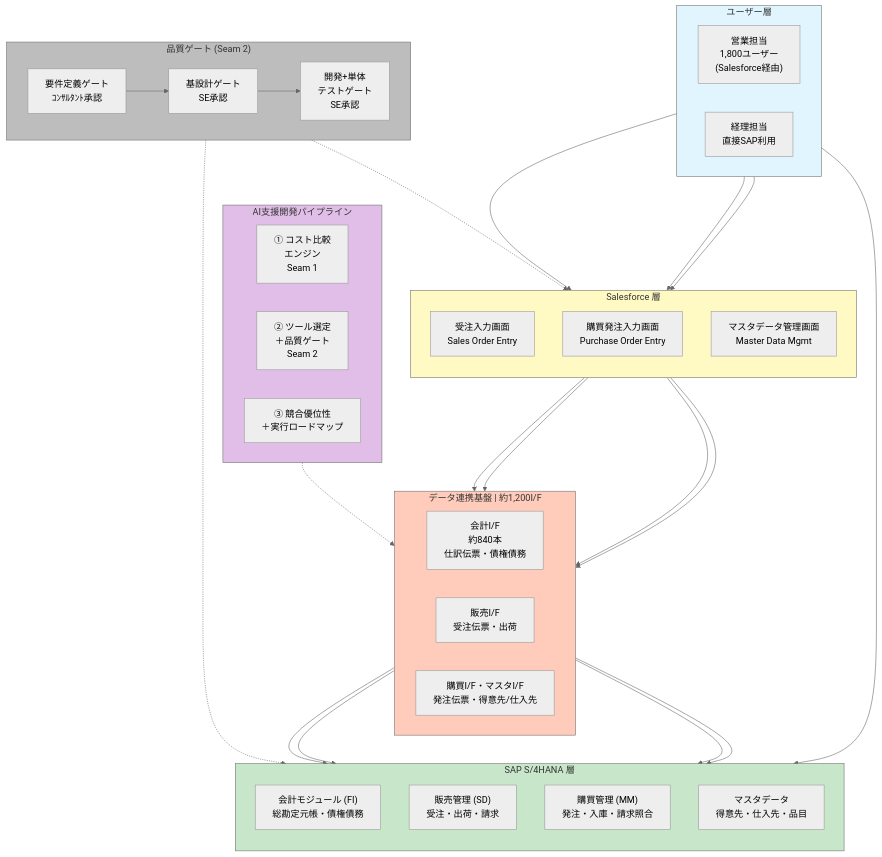
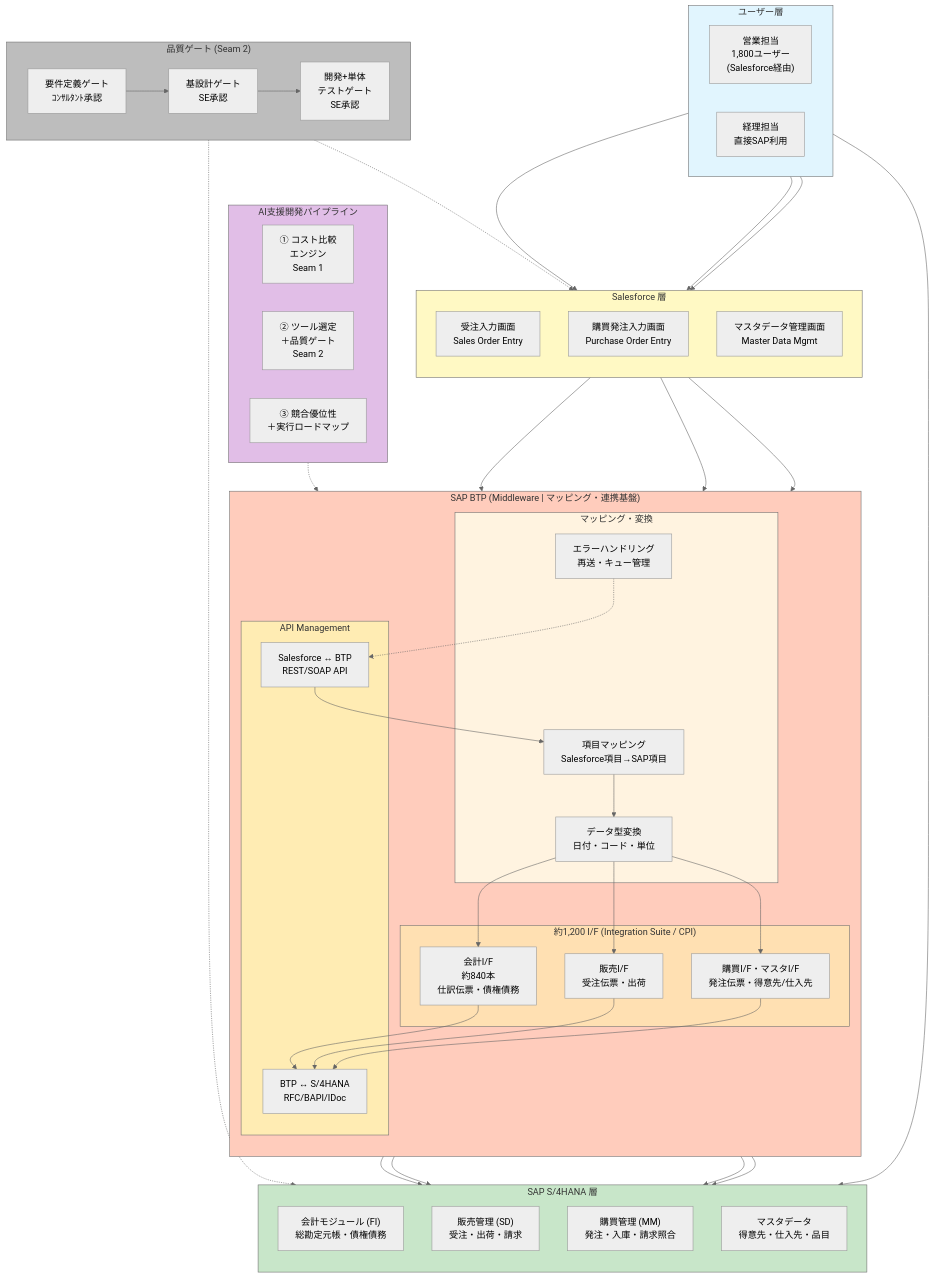
Before and after one commit to winds198912121/grill-me: the diagram in ai-assisted-implementation-proposal.md, drawn with Mermaid (neutral theme). The commit also changed other lines of this file and 3 other files, not shown here.

First line of the commit message:
Update architecture: SAP BTP as middleware mapping layer

```diff
--- a/ai-assisted-implementation-proposal.md
+++ b/ai-assisted-implementation-proposal.md
@@ -26,11 +26,22 @@
     MD["マスタデータ管理画面<br/>Master Data Mgmt"]
   end
 
-  subgraph Hub["データ連携基盤 | 約1,200I/F"]
-    direction LR
+  subgraph BTP["SAP BTP (Middleware | マッピング・連携基盤)"]
+    direction TB
+    subgraph BTP_IF["約1,200 I/F (Integration Suite / CPI)"]
     IF1["会計I/F<br/>約840本<br/>仕訳伝票・債権債務"]
     IF2["販売I/F<br/>受注伝票・出荷"]
     IF3["購買I/F・マスタI/F<br/>発注伝票・得意先/仕入先"]
+    end
+    subgraph BTP_API["API Management"]
+    API1["Salesforce ↔ BTP<br/>REST/SOAP API"]
+    API2["BTP ↔ S/4HANA<br/>RFC/BAPI/IDoc"]
+    end
+    subgraph BTP_MAP["マッピング・変換"]
+    MAP1["項目マッピング<br/>Salesforce項目→SAP項目"]
+    MAP2["データ型変換<br/>日付・コード・単位"]
+    MAP3["エラーハンドリング<br/>再送・キュー管理"]
+    end
   end
 
   subgraph SAP["SAP S/4HANA 層"]
@@ -57,21 +68,32 @@
   SU --> PO
   SU --> MD
   AU --> SAP
-  SO --> IF1
-  SO --> IF2
-  PO --> IF3
-  MD --> IF3
-  IF1 --> FI
-  IF2 --> SD
-  IF3 --> MM
-  IF3 --> MDM
-  AI -.-> Hub
+  SO --> API1
+  PO --> API1
+  MD --> API1
+  API1 --> MAP1
+  MAP1 --> MAP2
+  MAP2 --> IF1
+  MAP2 --> IF2
+  MAP2 --> IF3
+  IF1 --> API2
+  IF2 --> API2
+  IF3 --> API2
+  API2 --> FI
+  API2 --> SD
+  API2 --> MM
+  API2 --> MDM
+  MAP3 -.-> API1
+  AI -.-> BTP
   Gates -.-> SF
   Gates -.-> SAP
 
   style Users fill:#e1f5fe
   style SF fill:#fff9c4
-  style Hub fill:#ffccbc
+  style BTP fill:#ffccbc
+  style BTP_IF fill:#ffe0b2
+  style BTP_API fill:#ffecb3
+  style BTP_MAP fill:#fff3e0
   style SAP fill:#c8e6c9
   style AI fill:#e1bee7
   style Gates fill:#bdbdbd
```
